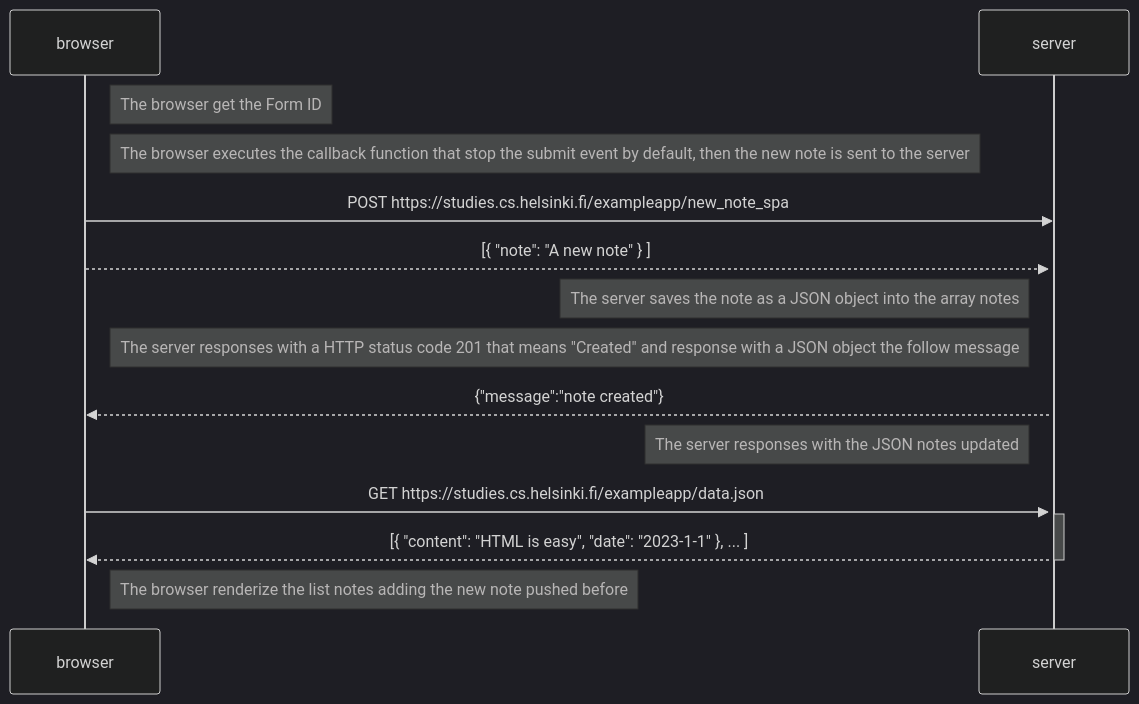
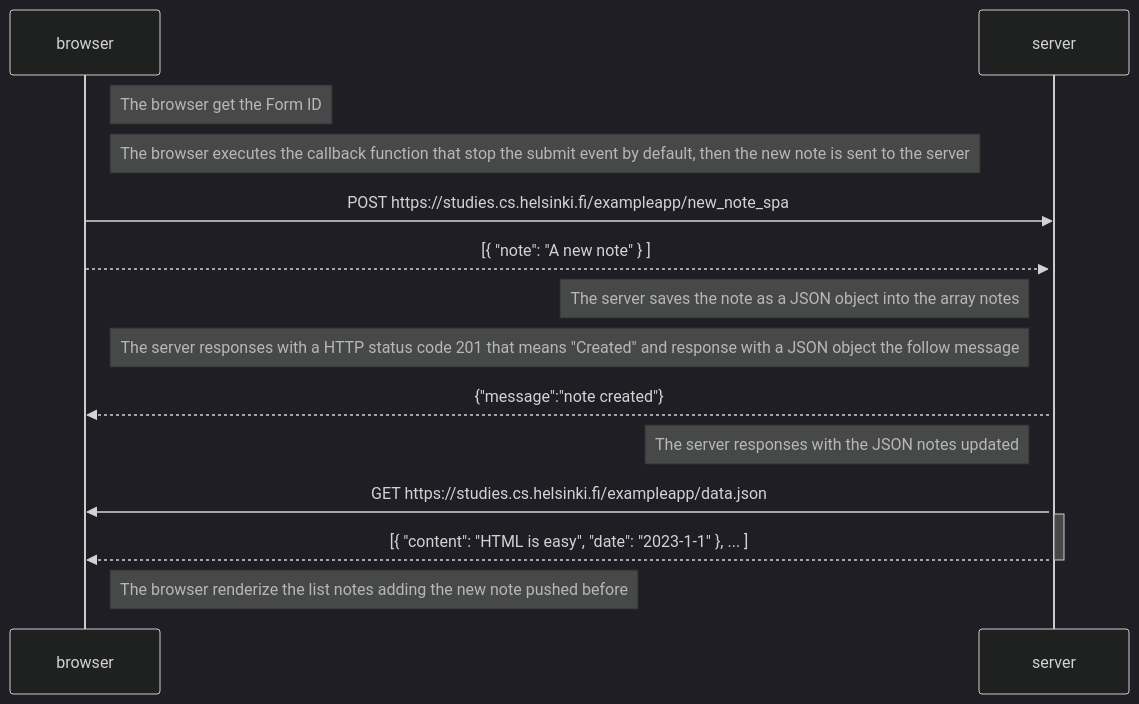
One commit to claudiainbytes/fullstackopen changed the diagram in part0/05.md. Above: the diagram before and after it, drawn with Mermaid (dark theme).

````diff
--- a/part0/05.md
+++ b/part0/05.md
@@ -1,28 +1,28 @@
 ```mermaid
 sequenceDiagram
     participant browser
     participant server
 
     Note right of browser: The browser get the Form ID
 
     Note right of browser: The browser executes the callback function that stop the submit event by default, then the new note is sent to the server
 
     browser->>server: POST https://studies.cs.helsinki.fi/exampleapp/new_note_spa
     activate server
 
     browser-->>server: [{ "note": "A new note" } ]
 
     Note left of server: The server saves the note as a JSON object into the array notes
 
     Note left of server:  The server responses with a HTTP status code 201 that means "Created" and response with a JSON object the follow message
     server-->>browser: {"message":"note created"}
 
     Note left of server:  The server responses with the JSON notes updated 
-    browser->>server: GET https://studies.cs.helsinki.fi/exampleapp/data.json
+    server->>browser: GET https://studies.cs.helsinki.fi/exampleapp/data.json
     activate server
     server-->>browser: [{ "content": "HTML is easy", "date": "2023-1-1" }, ... ]
     deactivate server
 
     Note right of browser: The browser renderize the list notes adding the new note pushed before
     
 ```
````
